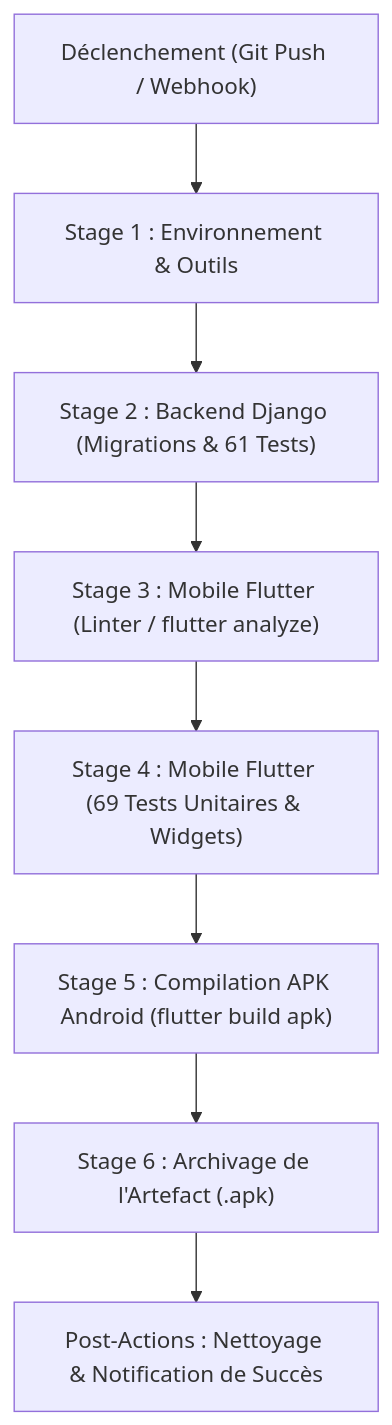
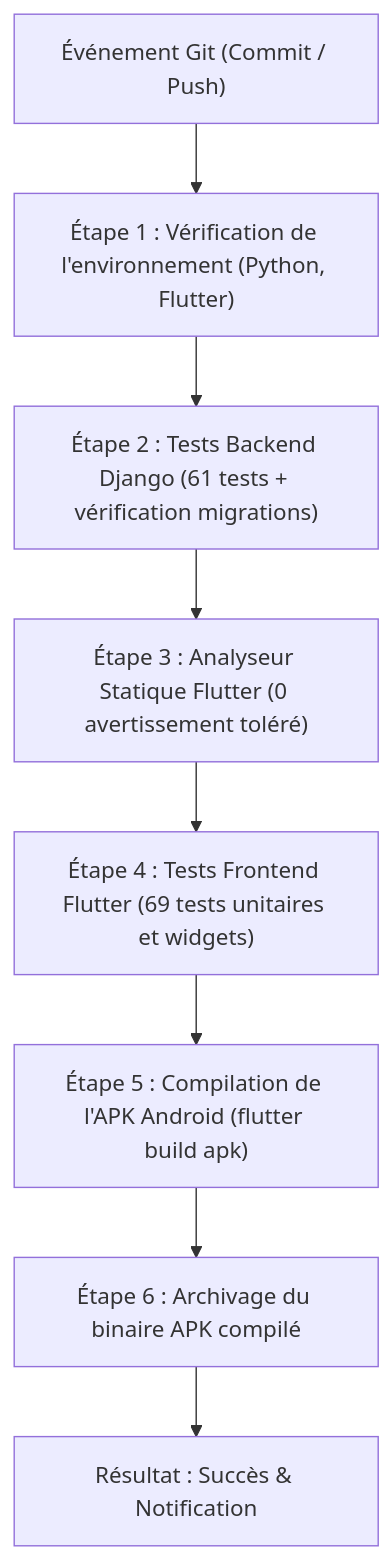
The diagram in docs/DEPLOIEMENT_ET_CI_CD.md (fadelilyas01/Projet-Synth-se), drawn with Mermaid before and after one commit. The commit also changed other lines of this file and 5 other files, not shown here.

````diff
--- a/docs/DEPLOIEMENT_ET_CI_CD.md
+++ b/docs/DEPLOIEMENT_ET_CI_CD.md
@@ -165,10 +163,10 @@
 ```mermaid
 flowchart TD
-    A["Déclenchement (Git Push / Webhook)"] --> B["Stage 1 : Environnement & Outils"]
-    B --> C["Stage 2 : Backend Django (Migrations & 61 Tests)"]
-    C --> D["Stage 3 : Mobile Flutter (Linter / flutter analyze)"]
-    D --> E["Stage 4 : Mobile Flutter (69 Tests Unitaires & Widgets)"]
-    E --> F["Stage 5 : Compilation APK Android (flutter build apk)"]
-    F --> G["Stage 6 : Archivage de l'Artefact (.apk)"]
-    G --> H["Post-Actions : Nettoyage & Notification de Succès"]
+    A["Événement Git (Commit / Push)"] --> B["Étape 1 : Vérification de l'environnement (Python, Flutter)"]
+    B --> C["Étape 2 : Tests Backend Django (61 tests + vérification migrations)"]
+    C --> D["Étape 3 : Analyseur Statique Flutter (0 avertissement toléré)"]
+    D --> E["Étape 4 : Tests Frontend Flutter (69 tests unitaires et widgets)"]
+    E --> F["Étape 5 : Compilation de l'APK Android (flutter build apk)"]
+    F --> G["Étape 6 : Archivage du binaire APK compilé"]
+    G --> H["Résultat : Succès & Notification"]
 ```
````
